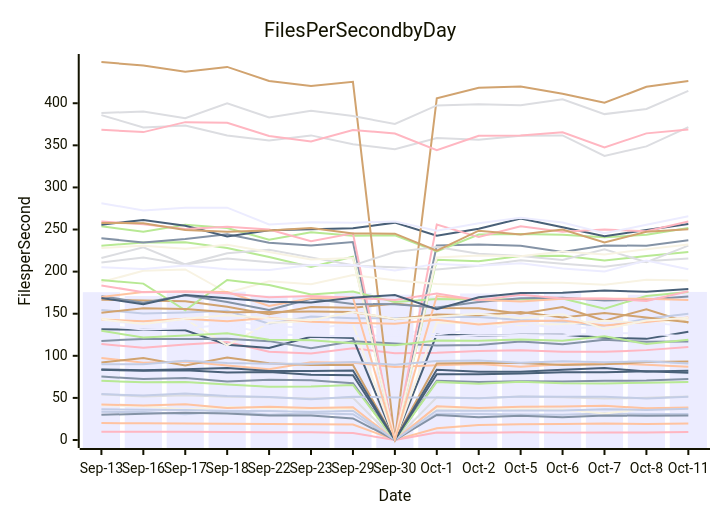
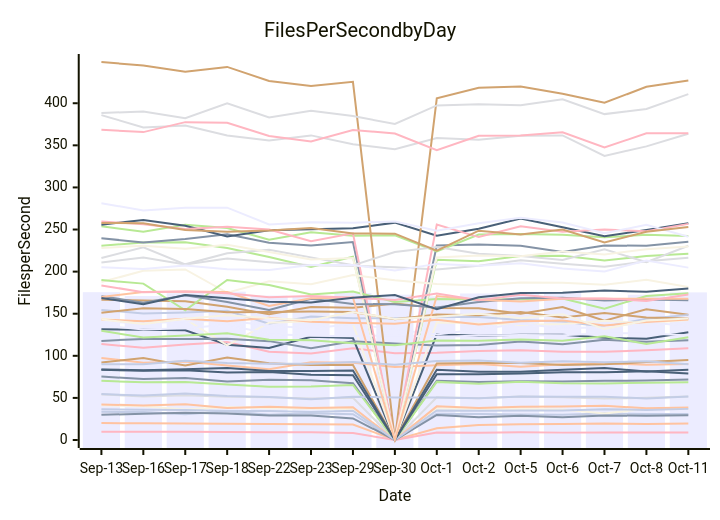
Before and after one commit to streetsidesoftware/cspell: the diagram in perf-report.md, drawn with Mermaid. The commit also changed other lines of this file and 1 other file, not shown here.

````diff
--- a/perf-report.md
+++ b/perf-report.md
@@ -10,56 +10,56 @@
 ```mermaid
 xychart-beta
     title Files Per Second by Day
     y-axis Files per Second
     x-axis Date [Sep-13, Sep-16, Sep-17, Sep-18, Sep-22, Sep-23, Sep-29, Sep-30, Oct-1, Oct-2, Oct-5, Oct-6, Oct-7, Oct-8, Oct-11]
-    bar [175.56, 170.99, 174.42, 176.15, 171.49, 170.60, 174.68, 172.58, 170.62, 174.06, 173.76, 175.18, 167.77, 172.56, 175.90]
-    line [75.30, 72.34, 73.59, 69.54, 71.59, 70.97, 67.35, 0.00, 70.29, 68.90, 69.72, 69.41, 70.25, 70.73, 72.44]
-    line [20.10, 19.75, 19.58, 19.44, 18.99, 18.71, 18.44, 0.00, 13.99, 17.93, 18.69, 18.90, 19.50, 18.93, 19.47]
-    line [54.12, 51.77, 53.09, 51.40, 50.85, 49.44, 50.07, 0.00, 50.63, 49.63, 51.74, 50.84, 49.20, 50.07, 51.66]
-    line [230.62, 234.72, 234.92, 228.04, 217.32, 205.66, 217.69, 0.00, 214.10, 212.26, 218.65, 218.73, 213.23, 218.63, 223.27]
-    line [166.56, 165.69, 164.68, 158.25, 149.51, 158.09, 156.96, 161.98, 156.93, 156.41, 149.87, 157.99, 141.60, 155.38, 139.65]
-    line [154.46, 150.27, 151.44, 153.53, 138.23, 146.78, 144.54, 144.66, 146.29, 145.95, 142.41, 140.78, 134.58, 143.93, 149.91]
-    line [114.04, 109.51, 113.51, 116.46, 104.81, 102.79, 108.89, 103.13, 103.52, 105.79, 106.73, 104.92, 104.71, 106.75, 110.33]
-    line [131.63, 130.97, 130.22, 113.06, 109.25, 122.56, 121.09, 0.00, 125.59, 123.97, 124.90, 124.88, 121.42, 120.13, 128.57]
-    line [144.41, 139.70, 143.74, 112.39, 139.33, 141.10, 137.72, 0.00, 139.61, 138.23, 136.68, 137.77, 141.66, 138.90, 143.51]
-    line [140.59, 138.57, 140.62, 141.72, 135.93, 132.42, 137.90, 131.39, 125.40, 131.62, 137.96, 132.77, 133.94, 139.73, 135.23]
-    line [239.64, 234.60, 238.64, 244.36, 234.31, 230.98, 235.16, 0.00, 230.90, 232.18, 230.80, 223.37, 230.96, 230.80, 237.36]
-    line [97.52, 91.70, 93.14, 88.50, 84.12, 92.41, 91.76, 86.84, 88.64, 90.41, 87.11, 90.10, 90.92, 89.47, 86.91]
-    line [385.92, 371.23, 373.66, 361.57, 355.78, 361.81, 351.17, 345.43, 358.65, 356.52, 361.50, 361.77, 337.36, 348.77, 371.68]
-    line [253.77, 247.48, 255.65, 251.83, 237.98, 246.89, 242.54, 243.09, 224.03, 244.08, 244.73, 243.65, 240.74, 243.74, 251.86]
-    line [91.96, 97.25, 88.47, 97.89, 91.06, 89.08, 89.06, 0.00, 90.96, 91.55, 91.45, 89.01, 89.93, 92.54, 93.19]
-    line [33.48, 33.18, 30.65, 34.02, 29.87, 31.63, 30.68, 0.00, 31.32, 30.89, 30.33, 30.00, 31.45, 30.76, 30.84]
-    line [9.67, 9.68, 9.92, 9.37, 9.23, 9.26, 8.29, 0.00, 8.90, 8.75, 9.30, 8.76, 9.01, 8.84, 9.39]
-    line [255.75, 261.30, 254.48, 241.79, 249.14, 250.28, 251.57, 258.18, 242.58, 250.83, 263.10, 252.70, 241.96, 249.38, 256.68]
-    line [41.26, 40.08, 36.34, 39.18, 37.74, 37.18, 36.89, 0.00, 37.27, 36.89, 37.25, 36.15, 31.44, 37.05, 38.19]
-    line [136.08, 131.30, 132.64, 136.81, 125.88, 123.97, 123.26, 124.35, 122.36, 124.05, 124.82, 124.36, 126.90, 126.65, 122.68]
-    line [117.69, 120.09, 120.05, 120.31, 117.43, 109.01, 117.33, 114.51, 112.29, 112.71, 117.07, 113.67, 118.94, 116.57, 117.03]
-    line [42.24, 41.01, 42.53, 38.05, 39.43, 38.14, 38.94, 0.00, 39.96, 38.12, 39.36, 39.89, 40.71, 37.67, 38.63]
-    line [210.80, 216.66, 208.33, 215.69, 211.15, 207.60, 206.93, 205.06, 202.44, 206.85, 213.52, 209.33, 205.65, 212.19, 215.52]
-    line [70.27, 68.51, 69.01, 65.91, 63.15, 63.41, 65.35, 0.00, 69.02, 66.69, 69.13, 67.47, 67.16, 68.00, 68.88]
-    line [448.98, 444.77, 437.29, 443.15, 426.39, 420.42, 425.42, 0.00, 405.76, 418.50, 419.89, 411.38, 400.59, 419.52, 426.48]
-    line [54.54, 52.86, 55.21, 52.35, 50.94, 48.45, 51.30, 50.59, 50.58, 49.72, 51.81, 51.47, 51.46, 49.27, 51.49]
-    line [259.52, 256.30, 250.62, 253.31, 250.10, 236.21, 245.48, 0.00, 255.93, 241.02, 253.94, 247.24, 250.16, 247.84, 259.52]
-    line [83.34, 82.19, 82.78, 80.29, 80.65, 77.47, 76.93, 0.00, 78.07, 78.18, 79.10, 80.49, 80.39, 81.56, 79.80]
-    line [187.59, 200.94, 202.64, 174.86, 188.42, 184.98, 195.97, 189.74, 185.35, 183.52, 187.14, 186.91, 184.49, 190.34, 189.36]
-    line [281.31, 272.54, 275.91, 275.97, 256.03, 258.54, 258.01, 259.58, 248.67, 257.34, 264.03, 258.40, 245.57, 255.62, 265.86]
-    line [29.93, 31.17, 32.23, 31.60, 29.23, 29.18, 25.62, 0.00, 29.72, 27.11, 28.75, 26.92, 29.01, 28.90, 29.06]
-    line [142.95, 141.14, 143.95, 140.92, 145.29, 140.59, 139.11, 138.01, 142.88, 137.23, 141.05, 142.08, 136.09, 140.30, 145.50]
-    line [216.25, 228.77, 208.66, 221.89, 226.09, 216.90, 207.46, 223.39, 229.16, 221.30, 218.51, 213.71, 226.50, 211.28, 230.82]
-    line [189.95, 185.74, 153.97, 189.99, 184.11, 172.95, 176.46, 163.78, 167.39, 166.94, 167.31, 168.16, 155.92, 171.13, 175.87]
-    line [151.06, 156.36, 155.63, 151.63, 151.94, 152.50, 152.06, 143.32, 149.19, 148.32, 152.02, 145.55, 150.72, 145.51, 139.92]
-    line [36.42, 35.98, 35.70, 34.54, 34.55, 33.11, 34.81, 0.00, 35.17, 34.81, 34.91, 35.03, 36.57, 35.78, 37.02]
-    line [368.52, 365.71, 377.56, 376.77, 361.09, 354.59, 368.19, 364.07, 344.36, 361.41, 361.68, 365.40, 347.49, 364.22, 368.94]
-    line [83.78, 82.79, 83.96, 85.57, 82.01, 81.81, 82.67, 0.00, 83.49, 80.99, 81.07, 83.35, 85.60, 81.23, 82.11]
-    line [228.09, 230.87, 227.16, 231.88, 223.22, 214.31, 216.24, 0.00, 216.91, 219.11, 218.12, 224.03, 220.33, 226.62, 232.14]
-    line [205.22, 203.09, 207.23, 202.88, 201.82, 207.79, 207.90, 201.29, 209.19, 206.95, 209.81, 203.73, 200.20, 213.26, 202.82]
-    line [170.88, 163.08, 171.82, 163.97, 154.58, 167.67, 161.60, 161.14, 157.44, 164.03, 168.37, 169.06, 165.80, 166.84, 170.32]
-    line [169.76, 175.73, 176.36, 175.75, 159.14, 168.41, 169.31, 0.00, 170.99, 166.63, 164.65, 167.66, 167.88, 167.80, 166.15]
-    line [388.38, 390.24, 382.26, 399.81, 383.04, 391.20, 384.82, 375.34, 397.41, 398.74, 397.51, 404.63, 387.08, 393.22, 414.67]
-    line [129.64, 121.66, 124.08, 126.72, 119.08, 118.45, 114.87, 112.49, 118.05, 117.81, 119.24, 117.86, 123.32, 114.00, 118.99]
-    line [257.78, 257.49, 249.43, 247.25, 248.88, 251.75, 245.20, 245.06, 224.85, 248.59, 243.98, 250.11, 234.68, 247.40, 250.39]
-    line [89.85, 89.86, 94.27, 91.54, 90.45, 90.71, 92.55, 89.39, 93.96, 94.53, 91.86, 93.63, 92.24, 93.65, 90.77]
-    line [183.51, 175.60, 176.44, 174.39, 169.65, 170.91, 168.95, 166.28, 173.86, 166.13, 172.49, 168.21, 168.21, 165.09, 176.69]
-    line [168.68, 161.23, 172.09, 168.48, 164.20, 163.31, 169.03, 172.29, 155.24, 169.60, 174.57, 174.90, 177.64, 175.96, 179.32]
-    line [143.19, 137.67, 143.95, 148.30, 144.49, 142.14, 152.04, 143.84, 146.29, 149.93, 144.74, 149.38, 131.76, 142.06, 145.30]
+    bar [175.56, 170.99, 174.42, 176.15, 171.49, 170.60, 174.68, 172.58, 170.62, 174.06, 173.76, 175.18, 167.77, 172.56, 175.33]
+    line [75.30, 72.34, 73.59, 69.54, 71.59, 70.97, 67.35, 0.00, 70.29, 68.90, 69.72, 69.41, 70.25, 70.73, 71.76]
+    line [20.10, 19.75, 19.58, 19.44, 18.99, 18.71, 18.44, 0.00, 13.99, 17.93, 18.69, 18.90, 19.50, 18.93, 19.46]
+    line [54.12, 51.77, 53.09, 51.40, 50.85, 49.44, 50.07, 0.00, 50.63, 49.63, 51.74, 50.84, 49.20, 50.07, 51.74]
+    line [230.62, 234.72, 234.92, 228.04, 217.32, 205.66, 217.69, 0.00, 214.10, 212.26, 218.65, 218.73, 213.23, 218.63, 221.28]
+    line [166.56, 165.69, 164.68, 158.25, 149.51, 158.09, 156.96, 161.98, 156.93, 156.41, 149.87, 157.99, 141.60, 155.38, 148.78]
+    line [154.46, 150.27, 151.44, 153.53, 138.23, 146.78, 144.54, 144.66, 146.29, 145.95, 142.41, 140.78, 134.58, 143.93, 148.62]
+    line [114.04, 109.51, 113.51, 116.46, 104.81, 102.79, 108.89, 103.13, 103.52, 105.79, 106.73, 104.92, 104.71, 106.75, 108.98]
+    line [131.63, 130.97, 130.22, 113.06, 109.25, 122.56, 121.09, 0.00, 125.59, 123.97, 124.90, 124.88, 121.42, 120.13, 127.94]
+    line [144.41, 139.70, 143.74, 112.39, 139.33, 141.10, 137.72, 0.00, 139.61, 138.23, 136.68, 137.77, 141.66, 138.90, 142.46]
+    line [140.59, 138.57, 140.62, 141.72, 135.93, 132.42, 137.90, 131.39, 125.40, 131.62, 137.96, 132.77, 133.94, 139.73, 135.53]
+    line [239.64, 234.60, 238.64, 244.36, 234.31, 230.98, 235.16, 0.00, 230.90, 232.18, 230.80, 223.37, 230.96, 230.80, 235.59]
+    line [97.52, 91.70, 93.14, 88.50, 84.12, 92.41, 91.76, 86.84, 88.64, 90.41, 87.11, 90.10, 90.92, 89.47, 90.15]
+    line [385.92, 371.23, 373.66, 361.57, 355.78, 361.81, 351.17, 345.43, 358.65, 356.52, 361.50, 361.77, 337.36, 348.77, 363.70]
+    line [253.77, 247.48, 255.65, 251.83, 237.98, 246.89, 242.54, 243.09, 224.03, 244.08, 244.73, 243.65, 240.74, 243.74, 242.25]
+    line [91.96, 97.25, 88.47, 97.89, 91.06, 89.08, 89.06, 0.00, 90.96, 91.55, 91.45, 89.01, 89.93, 92.54, 95.03]
+    line [33.48, 33.18, 30.65, 34.02, 29.87, 31.63, 30.68, 0.00, 31.32, 30.89, 30.33, 30.00, 31.45, 30.76, 31.01]
+    line [9.67, 9.68, 9.92, 9.37, 9.23, 9.26, 8.29, 0.00, 8.90, 8.75, 9.30, 8.76, 9.01, 8.84, 9.04]
+    line [255.75, 261.30, 254.48, 241.79, 249.14, 250.28, 251.57, 258.18, 242.58, 250.83, 263.10, 252.70, 241.96, 249.38, 257.47]
+    line [41.26, 40.08, 36.34, 39.18, 37.74, 37.18, 36.89, 0.00, 37.27, 36.89, 37.25, 36.15, 31.44, 37.05, 37.99]
+    line [136.08, 131.30, 132.64, 136.81, 125.88, 123.97, 123.26, 124.35, 122.36, 124.05, 124.82, 124.36, 126.90, 126.65, 124.11]
+    line [117.69, 120.09, 120.05, 120.31, 117.43, 109.01, 117.33, 114.51, 112.29, 112.71, 117.07, 113.67, 118.94, 116.57, 118.37]
+    line [42.24, 41.01, 42.53, 38.05, 39.43, 38.14, 38.94, 0.00, 39.96, 38.12, 39.36, 39.89, 40.71, 37.67, 38.67]
+    line [210.80, 216.66, 208.33, 215.69, 211.15, 207.60, 206.93, 205.06, 202.44, 206.85, 213.52, 209.33, 205.65, 212.19, 216.57]
+    line [70.27, 68.51, 69.01, 65.91, 63.15, 63.41, 65.35, 0.00, 69.02, 66.69, 69.13, 67.47, 67.16, 68.00, 68.62]
+    line [448.98, 444.77, 437.29, 443.15, 426.39, 420.42, 425.42, 0.00, 405.76, 418.50, 419.89, 411.38, 400.59, 419.52, 427.01]
+    line [54.54, 52.86, 55.21, 52.35, 50.94, 48.45, 51.30, 50.59, 50.58, 49.72, 51.81, 51.47, 51.46, 49.27, 51.78]
+    line [259.52, 256.30, 250.62, 253.31, 250.10, 236.21, 245.48, 0.00, 255.93, 241.02, 253.94, 247.24, 250.16, 247.84, 256.71]
+    line [83.34, 82.19, 82.78, 80.29, 80.65, 77.47, 76.93, 0.00, 78.07, 78.18, 79.10, 80.49, 80.39, 81.56, 79.11]
+    line [187.59, 200.94, 202.64, 174.86, 188.42, 184.98, 195.97, 189.74, 185.35, 183.52, 187.14, 186.91, 184.49, 190.34, 181.63]
+    line [281.31, 272.54, 275.91, 275.97, 256.03, 258.54, 258.01, 259.58, 248.67, 257.34, 264.03, 258.40, 245.57, 255.62, 241.35]
+    line [29.93, 31.17, 32.23, 31.60, 29.23, 29.18, 25.62, 0.00, 29.72, 27.11, 28.75, 26.92, 29.01, 28.90, 29.25]
+    line [142.95, 141.14, 143.95, 140.92, 145.29, 140.59, 139.11, 138.01, 142.88, 137.23, 141.05, 142.08, 136.09, 140.30, 143.11]
+    line [216.25, 228.77, 208.66, 221.89, 226.09, 216.90, 207.46, 223.39, 229.16, 221.30, 218.51, 213.71, 226.50, 211.28, 230.69]
+    line [189.95, 185.74, 153.97, 189.99, 184.11, 172.95, 176.46, 163.78, 167.39, 166.94, 167.31, 168.16, 155.92, 171.13, 174.43]
+    line [151.06, 156.36, 155.63, 151.63, 151.94, 152.50, 152.06, 143.32, 149.19, 148.32, 152.02, 145.55, 150.72, 145.51, 144.27]
+    line [36.42, 35.98, 35.70, 34.54, 34.55, 33.11, 34.81, 0.00, 35.17, 34.81, 34.91, 35.03, 36.57, 35.78, 36.97]
+    line [368.52, 365.71, 377.56, 376.77, 361.09, 354.59, 368.19, 364.07, 344.36, 361.41, 361.68, 365.40, 347.49, 364.22, 364.30]
+    line [83.78, 82.79, 83.96, 85.57, 82.01, 81.81, 82.67, 0.00, 83.49, 80.99, 81.07, 83.35, 85.60, 81.23, 83.34]
+    line [228.09, 230.87, 227.16, 231.88, 223.22, 214.31, 216.24, 0.00, 216.91, 219.11, 218.12, 224.03, 220.33, 226.62, 229.83]
+    line [205.22, 203.09, 207.23, 202.88, 201.82, 207.79, 207.90, 201.29, 209.19, 206.95, 209.81, 203.73, 200.20, 213.26, 204.75]
+    line [170.88, 163.08, 171.82, 163.97, 154.58, 167.67, 161.60, 161.14, 157.44, 164.03, 168.37, 169.06, 165.80, 166.84, 165.95]
+    line [169.76, 175.73, 176.36, 175.75, 159.14, 168.41, 169.31, 0.00, 170.99, 166.63, 164.65, 167.66, 167.88, 167.80, 167.88]
+    line [388.38, 390.24, 382.26, 399.81, 383.04, 391.20, 384.82, 375.34, 397.41, 398.74, 397.51, 404.63, 387.08, 393.22, 410.89]
+    line [129.64, 121.66, 124.08, 126.72, 119.08, 118.45, 114.87, 112.49, 118.05, 117.81, 119.24, 117.86, 123.32, 114.00, 122.07]
+    line [257.78, 257.49, 249.43, 247.25, 248.88, 251.75, 245.20, 245.06, 224.85, 248.59, 243.98, 250.11, 234.68, 247.40, 252.88]
+    line [89.85, 89.86, 94.27, 91.54, 90.45, 90.71, 92.55, 89.39, 93.96, 94.53, 91.86, 93.63, 92.24, 93.65, 90.11]
+    line [183.51, 175.60, 176.44, 174.39, 169.65, 170.91, 168.95, 166.28, 173.86, 166.13, 172.49, 168.21, 168.21, 165.09, 172.78]
+    line [168.68, 161.23, 172.09, 168.48, 164.20, 163.31, 169.03, 172.29, 155.24, 169.60, 174.57, 174.90, 177.64, 175.96, 180.03]
+    line [143.19, 137.67, 143.95, 148.30, 144.49, 142.14, 152.04, 143.84, 146.29, 149.93, 144.74, 149.38, 131.76, 142.06, 144.46]
 ```
````
